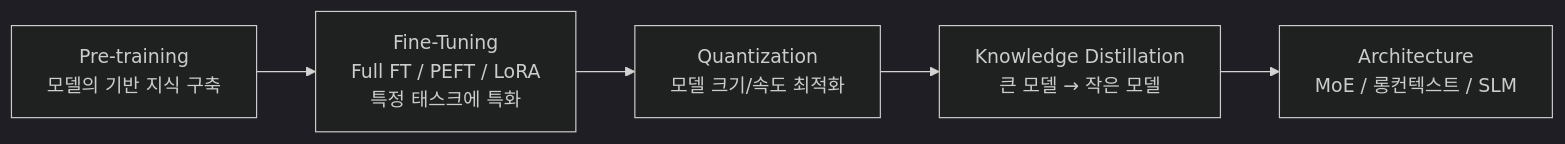
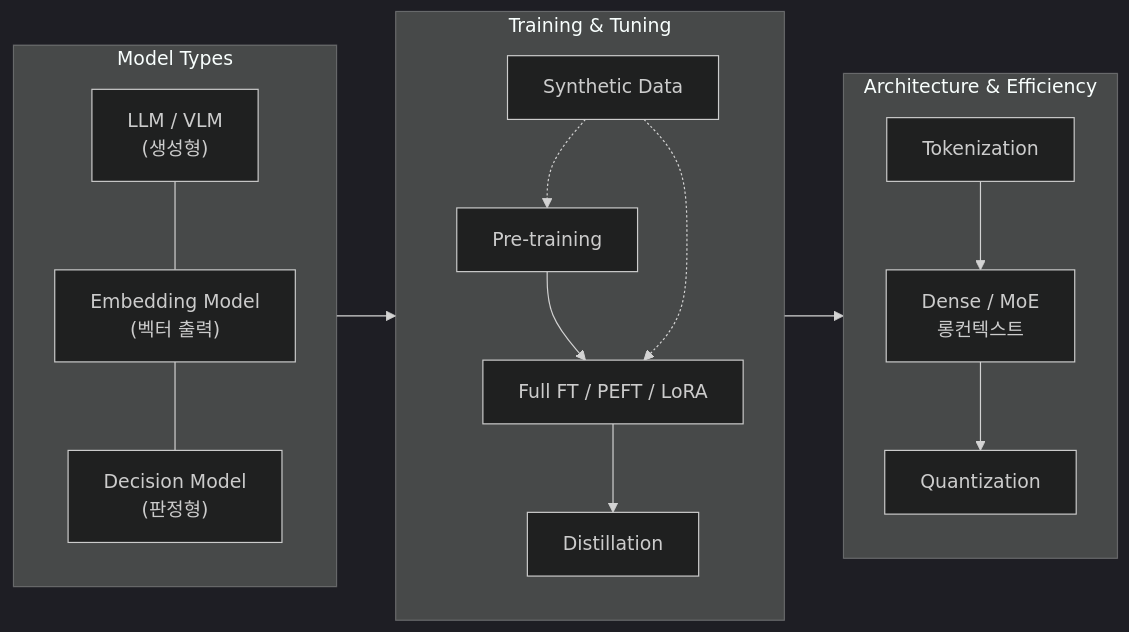
One commit to TaeHunKim/AIEngineeringLLMWiki changed the first of 2 diagrams in wiki/AI/Engineering/Model_Engineering/Model_Engineering.md. Above: the diagram before and after it, drawn with Mermaid (dark theme). The commit also changed other lines of this file and 18 other files, not shown here.

````diff
--- a/wiki/AI/Engineering/Model_Engineering/Model_Engineering.md
+++ b/wiki/AI/Engineering/Model_Engineering/Model_Engineering.md
@@ -14,8 +14,17 @@
 ```mermaid
 flowchart LR
-    P["Pre-training<br/>모델의 기반 지식 구축"] --> F
-    F["Fine-Tuning<br/>Full FT / PEFT / LoRA<br/>특정 태스크에 특화"] --> Q
-    Q["Quantization<br/>모델 크기/속도 최적화"] --> D
-    D["Knowledge Distillation<br/>큰 모델 → 작은 모델"] --> A
-    A["Architecture<br/>MoE / 롱컨텍스트 / SLM"]
+    subgraph MT["Model Types"]
+        LLM["LLM / VLM<br/>(생성형)"] --- EMB["Embedding Model<br/>(벡터 출력)"]
+        EMB --- DEC["Decision Model<br/>(판정형)"]
+    end
+    subgraph TT["Training & Tuning"]
+        P["Pre-training"] --> F["Full FT / PEFT / LoRA"] --> D["Distillation"]
+        SD["Synthetic Data"] -.-> P
+        SD -.-> F
+    end
+    subgraph AE["Architecture & Efficiency"]
+        TOK["Tokenization"] --> ARCH["Dense / MoE<br/>롱컨텍스트"] --> Q["Quantization"]
+    end
+    MT --> TT
+    TT --> AE
 ```
````
